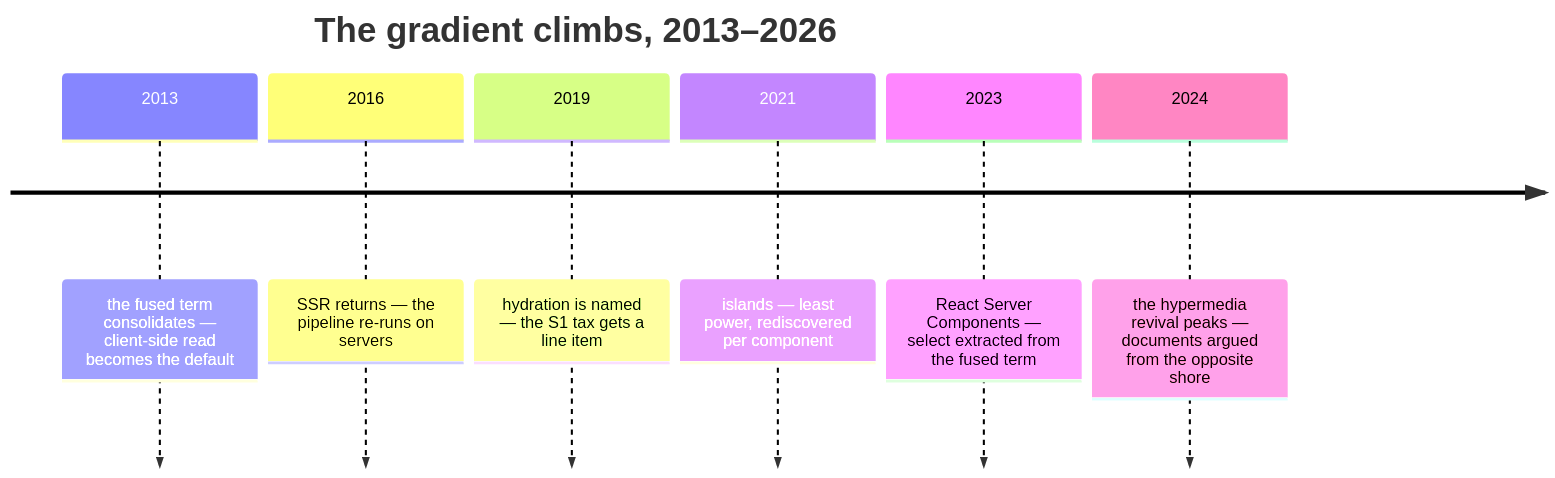
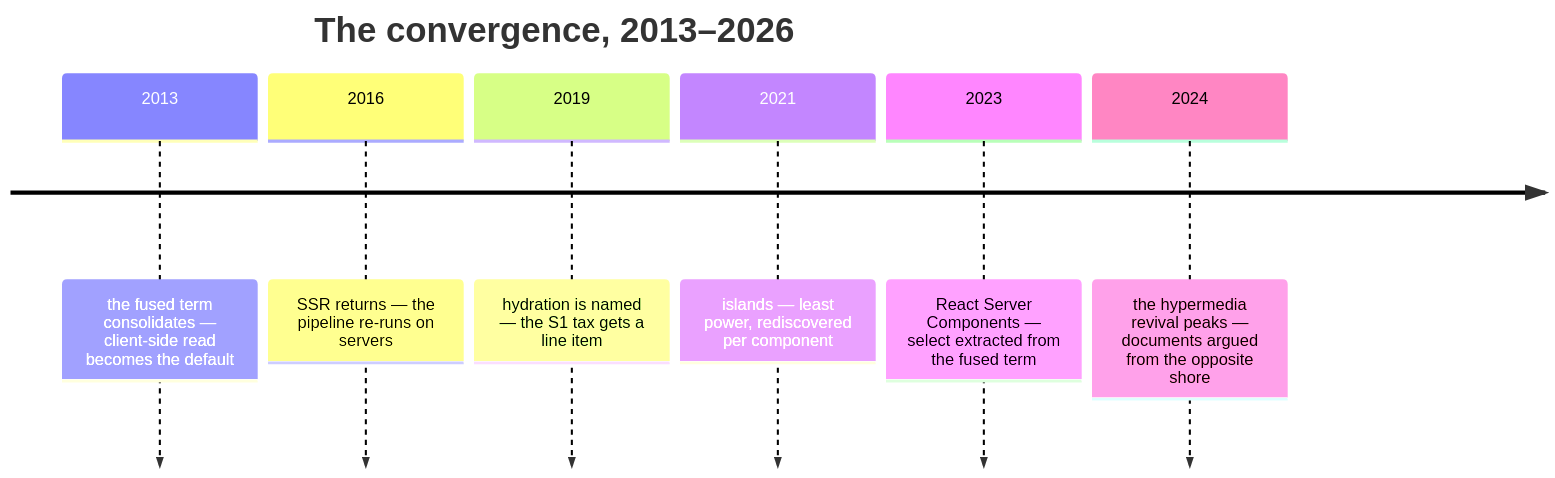
Before and after one commit to AtomGraph/First-Principles-of-the-Web: the seventh of 7 diagrams in first-principles-of-the-web.md, drawn with Mermaid. The commit also changed other lines of this file, not shown here.

First line of the commit message:
Ch 14: drop the gradient metaphor for the chapter's own convergence framing

````diff
--- a/first-principles-of-the-web.md
+++ b/first-principles-of-the-web.md
@@ -727,10 +727,10 @@
 ```mermaid
 timeline
-    title The gradient climbs, 2013–2026
+    title The convergence, 2013–2026
     2013 : the fused term consolidates — client-side read becomes the default
     2016 : SSR returns — the pipeline re-runs on servers
     2019 : hydration is named — the S1 tax gets a line item
     2021 : islands — least power, rediscovered per component
     2023 : React Server Components — select extracted from the fused term
     2024 : the hypermedia revival peaks — documents argued from the opposite shore
 ```
````
